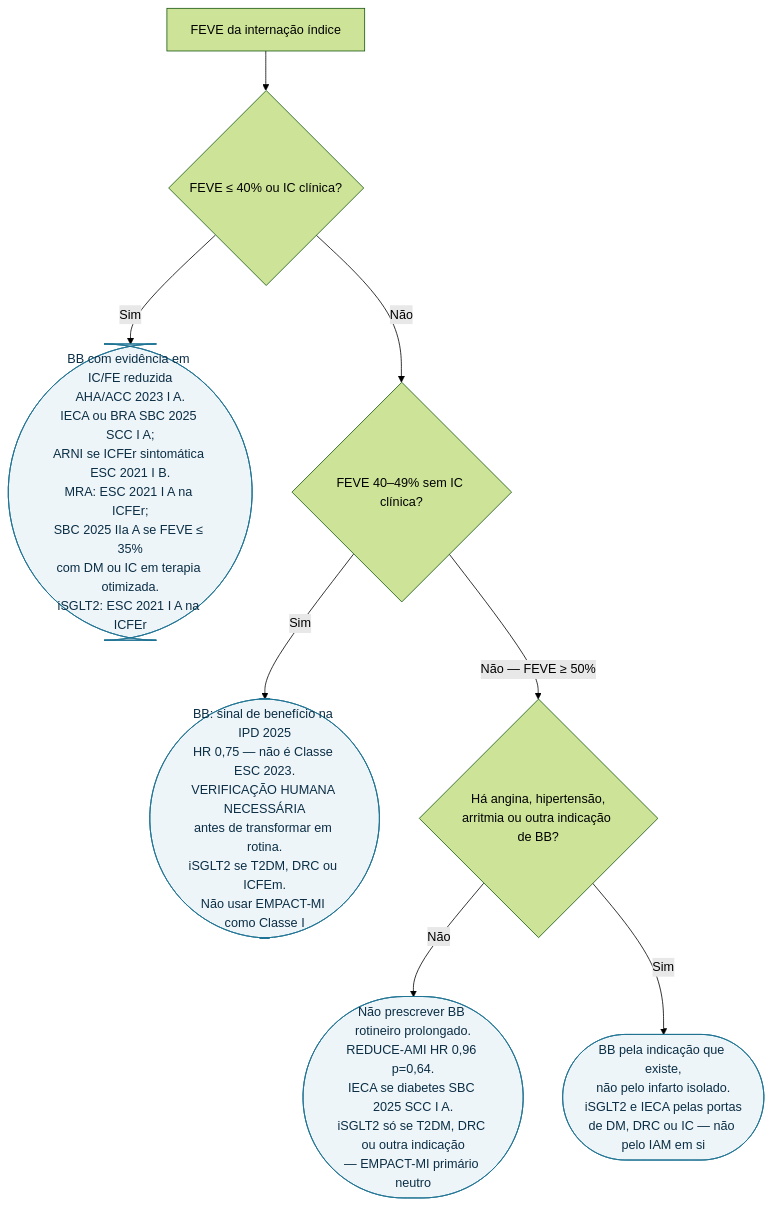
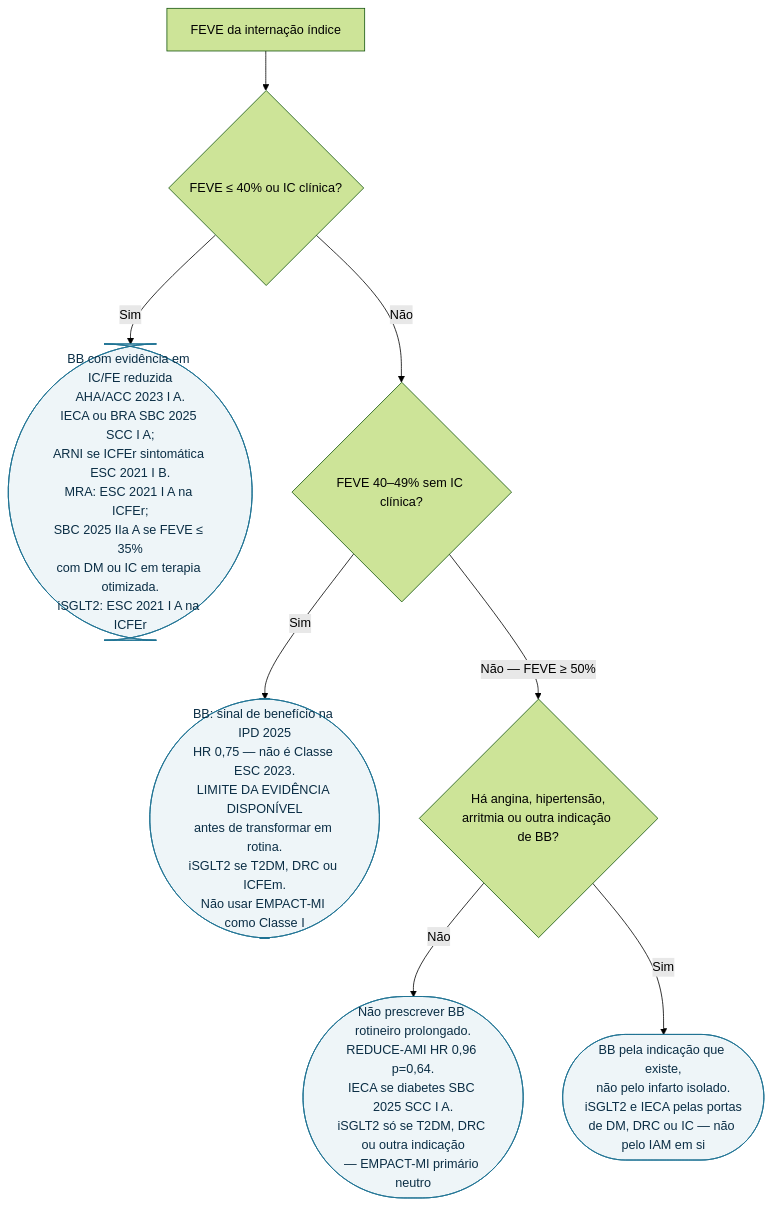
One commit to rafaelpaesmeirelles/MeuCardio changed the second of 2 diagrams in content/Doença_coronariana/fluxograma-alta-apos-sca-os-cinco-pilares-modificaveis.md. Above: the diagram before and after it, drawn with Mermaid (forest theme). The commit also changed other lines of this file and 423 other files, not shown here.

````diff
--- a/content/Doença_coronariana/fluxograma-alta-apos-sca-os-cinco-pilares-modificaveis.md
+++ b/content/Doença_coronariana/fluxograma-alta-apos-sca-os-cinco-pilares-modificaveis.md
@@ -59,19 +59,19 @@
 ```mermaid
 flowchart TD
   F0["FEVE da internação índice"] --> F1{"FEVE ≤ 40% ou IC clínica?"}
 
   F1 -->|"Sim"| C7(["BB com evidência em IC/FE reduzida<br/>AHA/ACC 2023 I A.<br/>IECA ou BRA SBC 2025 SCC I A;<br/>ARNI se ICFEr sintomática ESC 2021 I B.<br/>MRA: ESC 2021 I A na ICFEr;<br/>SBC 2025 IIa A se FEVE ≤ 35%<br/>com DM ou IC em terapia otimizada.<br/>iSGLT2: ESC 2021 I A na ICFEr"])
 
   F1 -->|"Não"| F2{"FEVE 40–49% sem IC clínica?"}
 
-  F2 -->|"Sim"| C8(["BB: sinal de benefício na IPD 2025<br/>HR 0,75 — não é Classe ESC 2023.<br/>VERIFICAÇÃO HUMANA NECESSÁRIA<br/>antes de transformar em rotina.<br/>iSGLT2 se T2DM, DRC ou ICFEm.<br/>Não usar EMPACT-MI como Classe I"])
+  F2 -->|"Sim"| C8(["BB: sinal de benefício na IPD 2025<br/>HR 0,75 — não é Classe ESC 2023.<br/>LIMITE DA EVIDÊNCIA DISPONÍVEL<br/>antes de transformar em rotina.<br/>iSGLT2 se T2DM, DRC ou ICFEm.<br/>Não usar EMPACT-MI como Classe I"])
 
   F2 -->|"Não — FEVE ≥ 50%"| F3{"Há angina, hipertensão,<br/>arritmia ou outra indicação de BB?"}
 
   F3 -->|"Não"| C9(["Não prescrever BB rotineiro prolongado.<br/>REDUCE-AMI HR 0,96 p=0,64.<br/>IECA se diabetes SBC 2025 SCC I A.<br/>iSGLT2 só se T2DM, DRC ou outra indicação<br/>— EMPACT-MI primário neutro"])
 
   F3 -->|"Sim"| C10(["BB pela indicação que existe,<br/>não pelo infarto isolado.<br/>iSGLT2 e IECA pelas portas<br/>de DM, DRC ou IC — não pelo IAM em si"])
 
   classDef conduta fill:#eef5f8,stroke:#1c7293,color:#0b2e45;
   class C7,C8,C9,C10 conduta;
 ```
````
